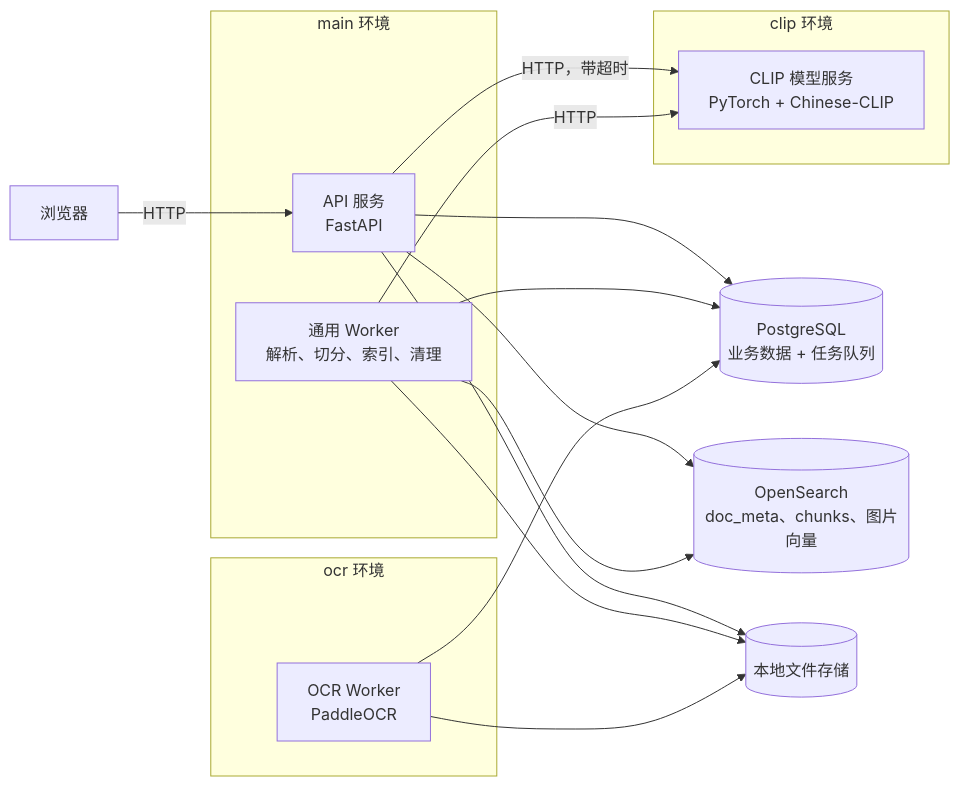
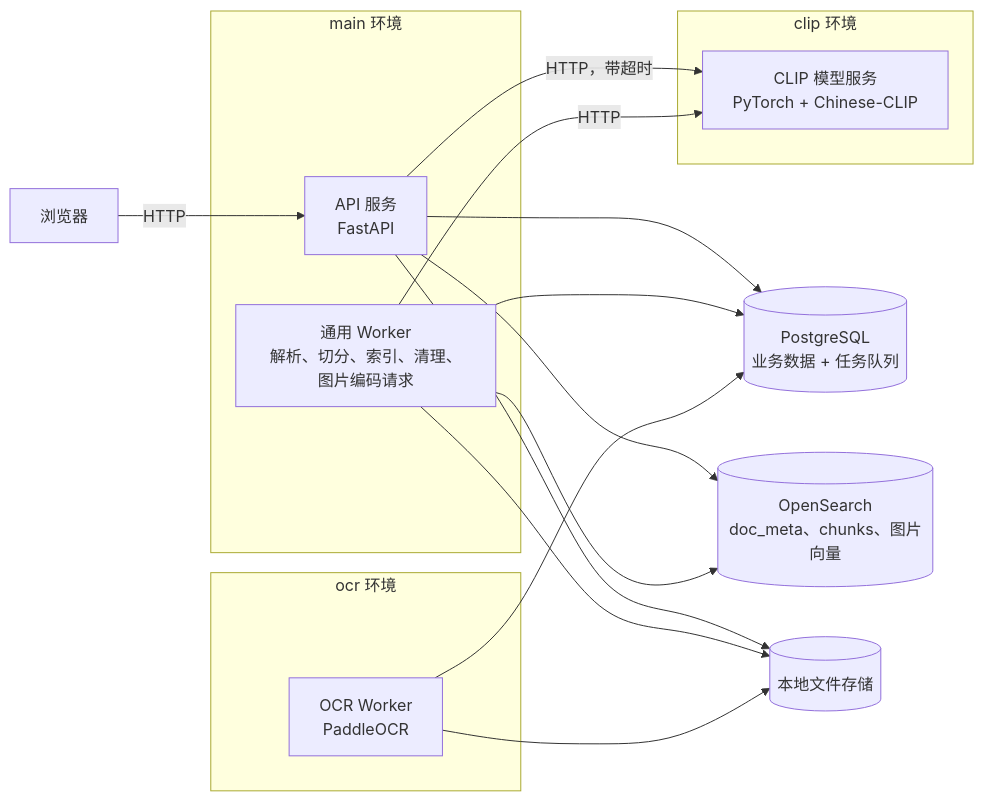
The second of 4 diagrams in docs/architecture.md (Jay-kskbl/clone-for-my-software), drawn with Mermaid before and after one commit. The commit also changed other lines of this file and 32 other files, not shown here.

Commit message:
T21 图片向量与 M10 向量索引：embed 任务、精确向量检索、一致性检查覆盖向量

````diff
--- a/docs/architecture.md
+++ b/docs/architecture.md
@@ -100,27 +100,27 @@
 ```mermaid
 flowchart LR
     Browser["浏览器"] -->|HTTP| API
     subgraph main["main 环境"]
         API["API 服务<br/>FastAPI"]
-        W["通用 Worker<br/>解析、切分、索引、清理"]
+        W["通用 Worker<br/>解析、切分、索引、清理、图片编码请求"]
     end
     subgraph ocr["ocr 环境"]
         OW["OCR Worker<br/>PaddleOCR"]
     end
     subgraph clip["clip 环境"]
         CS["CLIP 模型服务<br/>PyTorch + Chinese-CLIP"]
     end
     PG[("PostgreSQL<br/>业务数据 + 任务队列")]
     OS[("OpenSearch<br/>doc_meta、chunks、图片向量")]
     FS[("本地文件存储")]
     API --> PG
     API --> OS
     API --> FS
     API -->|HTTP，带超时| CS
     W --> PG
     W --> OS
     W --> FS
     W -->|HTTP| CS
     OW --> PG
     OW --> FS
 ```
````
